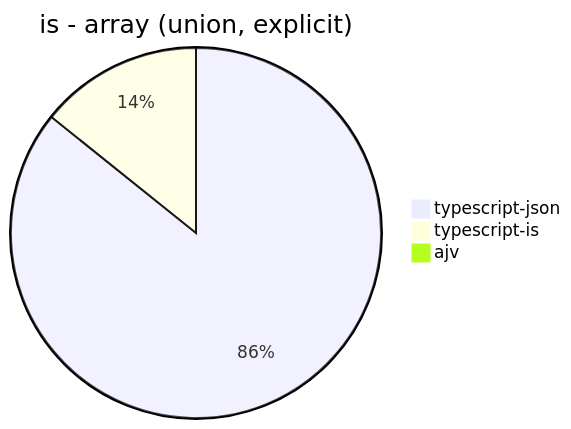
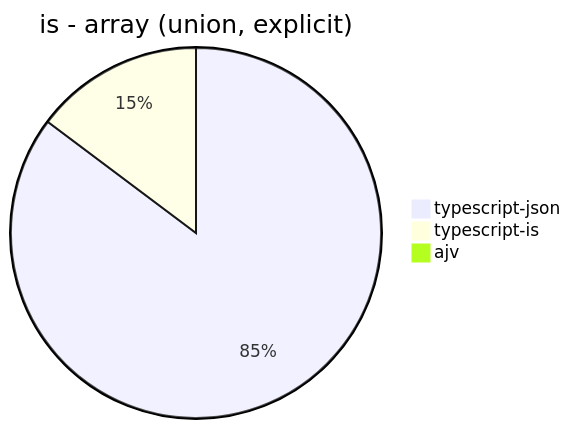
Diagram 12 of 30 in benchmark/results/Apple M1.md (samchon/typia), drawn with Mermaid before and after one commit. The commit also changed other lines of this file, not shown here.

````diff
--- a/benchmark/results/Apple M1.md
+++ b/benchmark/results/Apple M1.md
@@ -116,6 +117,6 @@
 ```mermaid
 pie title is - array (union, explicit)
-  "typescript-json": 7650.305612150398
-  "typescript-is": 1269.8587415153183
+  "typescript-json": 7457.3574110495265
+  "typescript-is": 1290.9594095940959
   "ajv": 0
 ```
````
